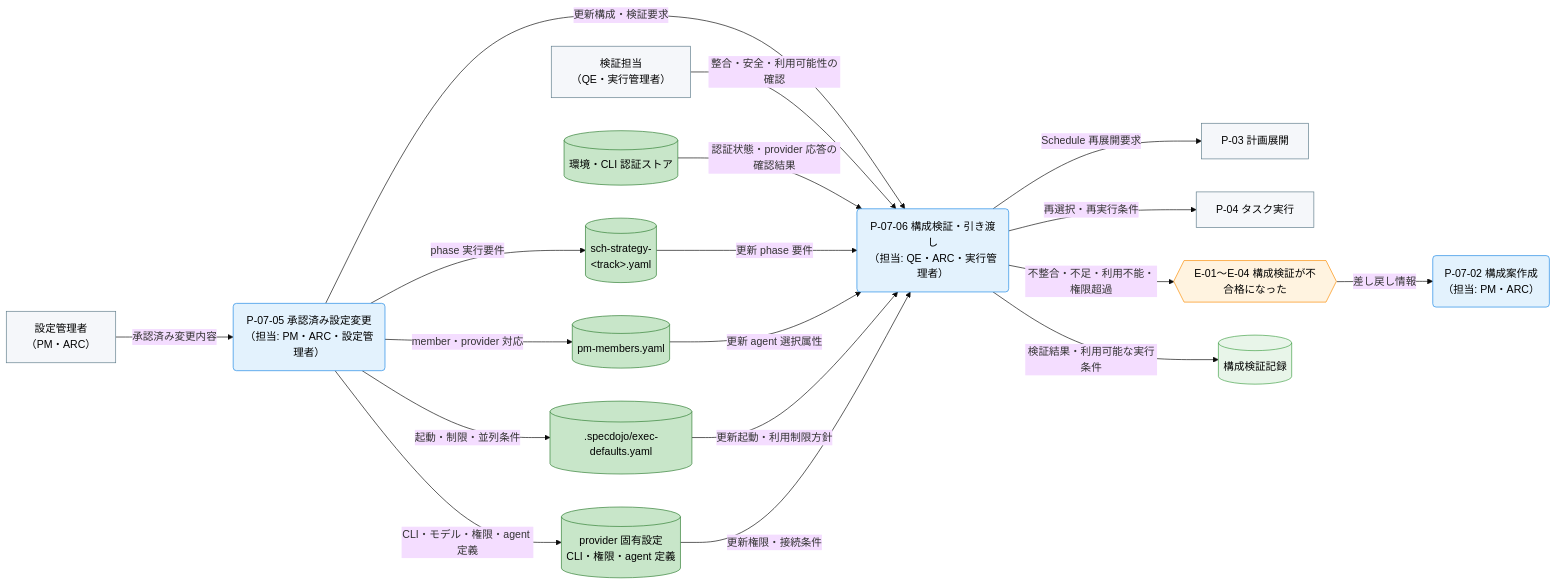
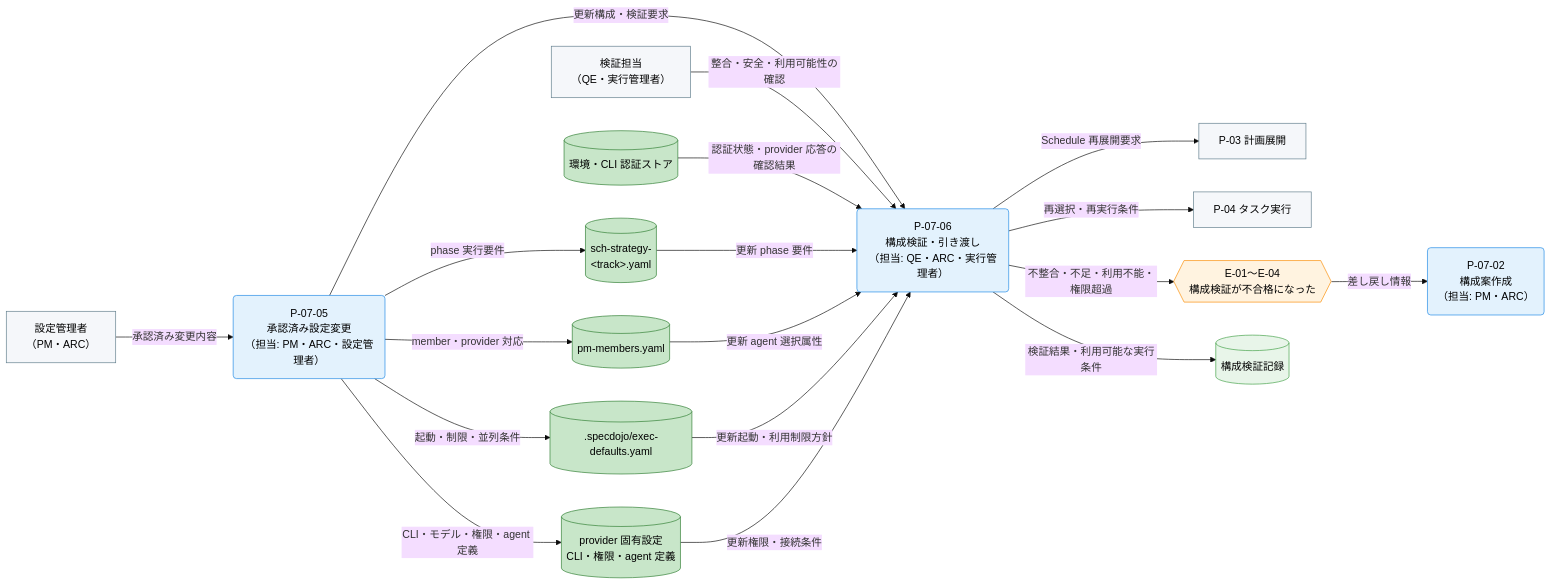
Before and after one commit to specdojo/specdojo: the third of 3 diagrams in docs/ja/product/010-business-specs/010-data-flow/cdfd-agent-config-operation.md, drawn with Mermaid (base theme). The commit also changed other lines of this file and 7 other files, not shown here.

````diff
--- a/docs/ja/product/010-business-specs/010-data-flow/cdfd-agent-config-operation.md
+++ b/docs/ja/product/010-business-specs/010-data-flow/cdfd-agent-config-operation.md
@@ -144,50 +144,50 @@
 ```mermaid
 flowchart LR
   classDef process fill:#e3f2fd,stroke:#1e88e5,color:#000
   classDef event fill:#fff3e0,stroke:#fb8c00,color:#000
   classDef storeMaster fill:#c8e6c9,stroke:#2e7d32,color:#000
   classDef storeTransaction fill:#e8f5e9,stroke:#43a047,color:#000
   classDef actor fill:#f5f7fa,stroke:#607d8b,color:#000
 
   設定管理者["設定管理者<br>（PM・ARC）"]
   検証担当["検証担当<br>（QE・実行管理者）"]
   計画展開["P-03 計画展開"]
   タスク実行["P-04 タスク実行"]
 
-  検証不合格{{"E-01〜E-04 構成検証が不合格になった"}}
+  検証不合格{{"E-01〜E-04<br>構成検証が不合格になった"}}
 
-  承認済み設定変更("P-07-05 承認済み設定変更<br>（担当: PM・ARC・設定管理者）")
-  構成検証引き渡し("P-07-06 構成検証・引き渡し<br>（担当: QE・ARC・実行管理者）")
-  構成案作成("P-07-02 構成案作成<br>（担当: PM・ARC）")
+  承認済み設定変更("P-07-05<br>承認済み設定変更<br>（担当: PM・ARC・設定管理者）")
+  構成検証引き渡し("P-07-06<br>構成検証・引き渡し<br>（担当: QE・ARC・実行管理者）")
+  構成案作成("P-07-02<br>構成案作成<br>（担当: PM・ARC）")
 
   スケジュール戦略[("sch-strategy-<br>&lt;track&gt;.yaml")]
   memberRoster[("pm-members.yaml")]
   provider実行既定[(".specdojo/exec-defaults.yaml")]
   provider固有設定[("provider 固有設定<br>CLI・権限・agent 定義")]
   認証ストア[("環境・CLI 認証ストア")]
   検証記録[("構成検証記録")]
 
   設定管理者 -->|"承認済み変更内容"| 承認済み設定変更
   承認済み設定変更 -->|"phase 実行要件"| スケジュール戦略
   承認済み設定変更 -->|"member・provider 対応"| memberRoster
   承認済み設定変更 -->|"起動・制限・並列条件"| provider実行既定
   承認済み設定変更 -->|"CLI・モデル・権限・agent 定義"| provider固有設定
   承認済み設定変更 -->|"更新構成・検証要求"| 構成検証引き渡し
   検証担当 -->|"整合・安全・利用可能性の確認"| 構成検証引き渡し
   認証ストア -->|"認証状態・provider 応答の確認結果"| 構成検証引き渡し
   スケジュール戦略 -->|"更新 phase 要件"| 構成検証引き渡し
   memberRoster -->|"更新 agent 選択属性"| 構成検証引き渡し
   provider実行既定 -->|"更新起動・利用制限方針"| 構成検証引き渡し
   provider固有設定 -->|"更新権限・接続条件"| 構成検証引き渡し
   構成検証引き渡し -->|"不整合・不足・利用不能・権限超過"| 検証不合格
   検証不合格 -->|"差し戻し情報"| 構成案作成
   構成検証引き渡し -->|"検証結果・利用可能な実行条件"| 検証記録
   構成検証引き渡し -->|"Schedule 再展開要求"| 計画展開
   構成検証引き渡し -->|"再選択・再実行条件"| タスク実行
 
   class 承認済み設定変更,構成検証引き渡し,構成案作成 process
   class 検証不合格 event
   class スケジュール戦略,memberRoster,provider実行既定,provider固有設定,認証ストア storeMaster
   class 検証記録 storeTransaction
   class 設定管理者,検証担当,計画展開,タスク実行 actor
 ```
````
